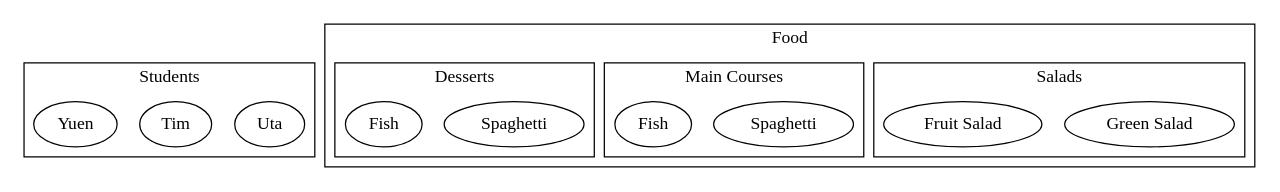
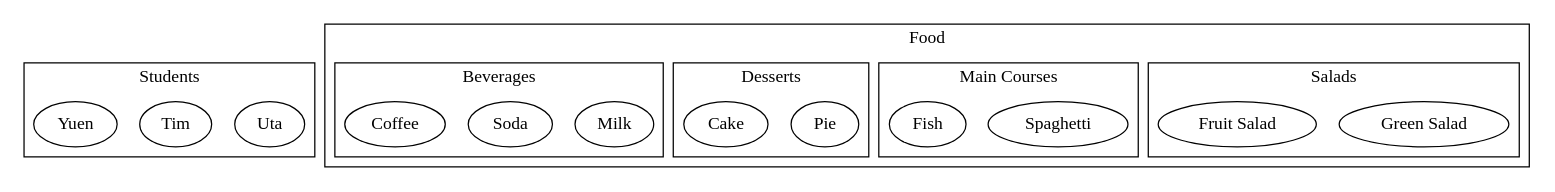
One commit to tnichols217/notes changed the diagram in CSDS 302 - Discrete Math/HW/3.md. Above: the diagram before and after it, drawn with Graphviz.

Commit message:
vault backup: 2024-01-27 17:51:58

````diff
--- a/CSDS 302 - Discrete Math/HW/3.md
+++ b/CSDS 302 - Discrete Math/HW/3.md
@@ -141,33 +141,41 @@
 ```dot
 digraph {
 	subgraph {
 		label=Students
 		cluster=true
 		a [label=Uta]
 		b [label=Tim]
 		c [label=Yuen]
 	}
 	subgraph {
 		label=Food
 		cluster=true
 		subgraph {
 			label=Salads
 			cluster=true
 			A [label="Green Salad"]
 			B [label="Fruit Salad"]
 		}
 		subgraph {
 			label="Main Courses"
 			cluster=true
 			C [label="Spaghetti"]
 			D [label="Fish"]
 		}
 		subgraph {
 			label="Desserts"
 			cluster=true
-			E [label="Spaghetti"]
-			F [label="Fish"]
+			E [label="Pie"]
+			F [label="Cake"]
+		}
+		subgraph {
+			label="Beverages"
+			cluster=true
+			G [label="Milk"]
+			H [label="Soda"]
+			I [label="Coffee"]
 		}
 	}
+	
 }
 ```
````
